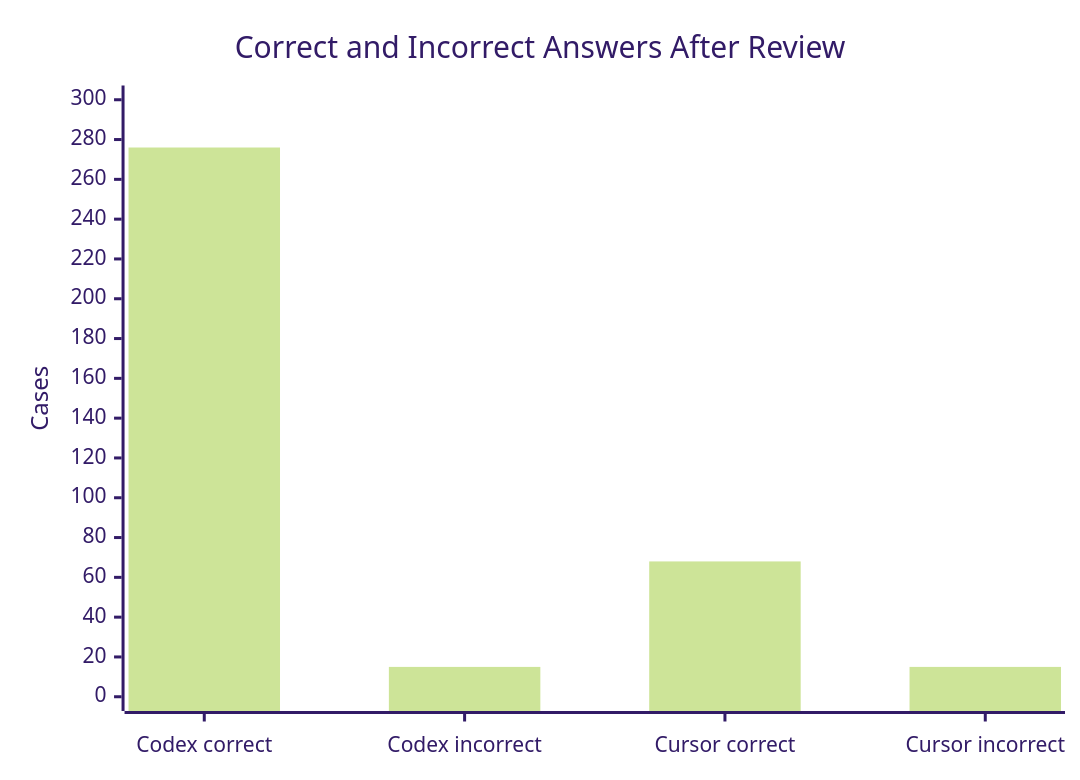
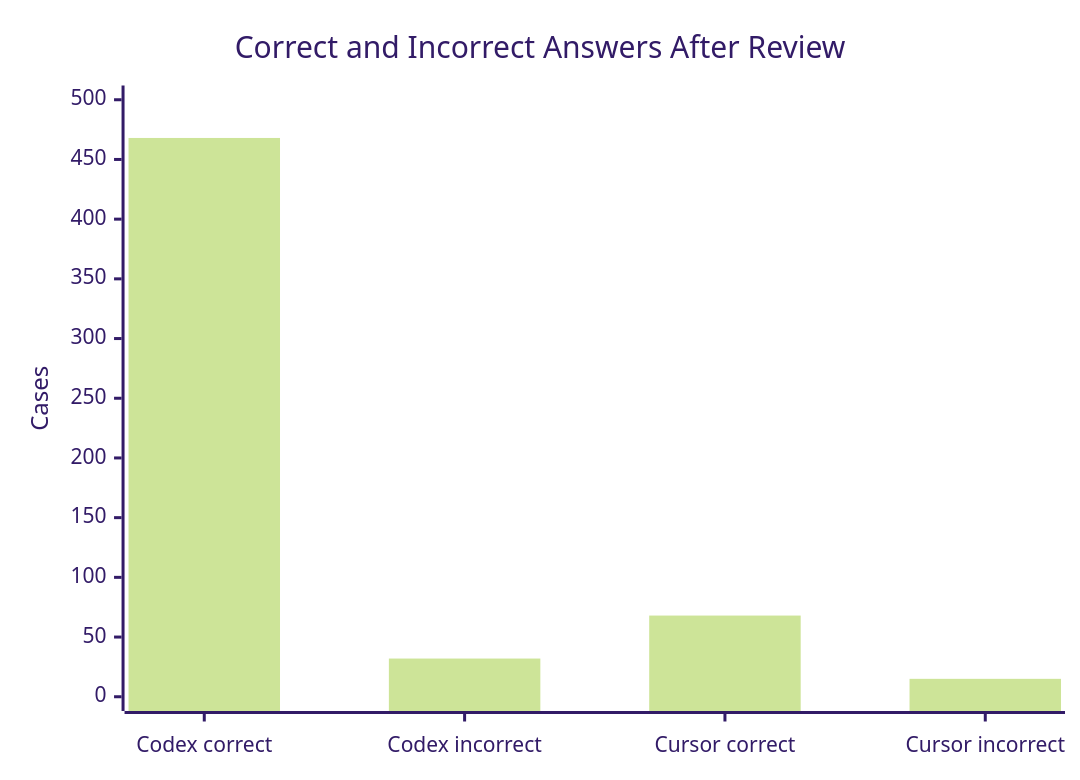
The first of 3 diagrams in experiments/longmemeval/README.md (pygent-ai/memory-cli), drawn with Mermaid (forest theme) before and after one commit. The commit also changed other lines of this file and 12 other files, not shown here.

````diff
--- a/experiments/longmemeval/README.md
+++ b/experiments/longmemeval/README.md
@@ -31,7 +30,7 @@
 ```mermaid
 xychart-beta
     title "Correct and Incorrect Answers After Review"
     x-axis ["Codex correct", "Codex incorrect", "Cursor correct", "Cursor incorrect"]
-    y-axis "Cases" 0 --> 300
-    bar [276, 15, 68, 15]
+    y-axis "Cases" 0 --> 500
+    bar [468, 32, 68, 15]
 ```
````
